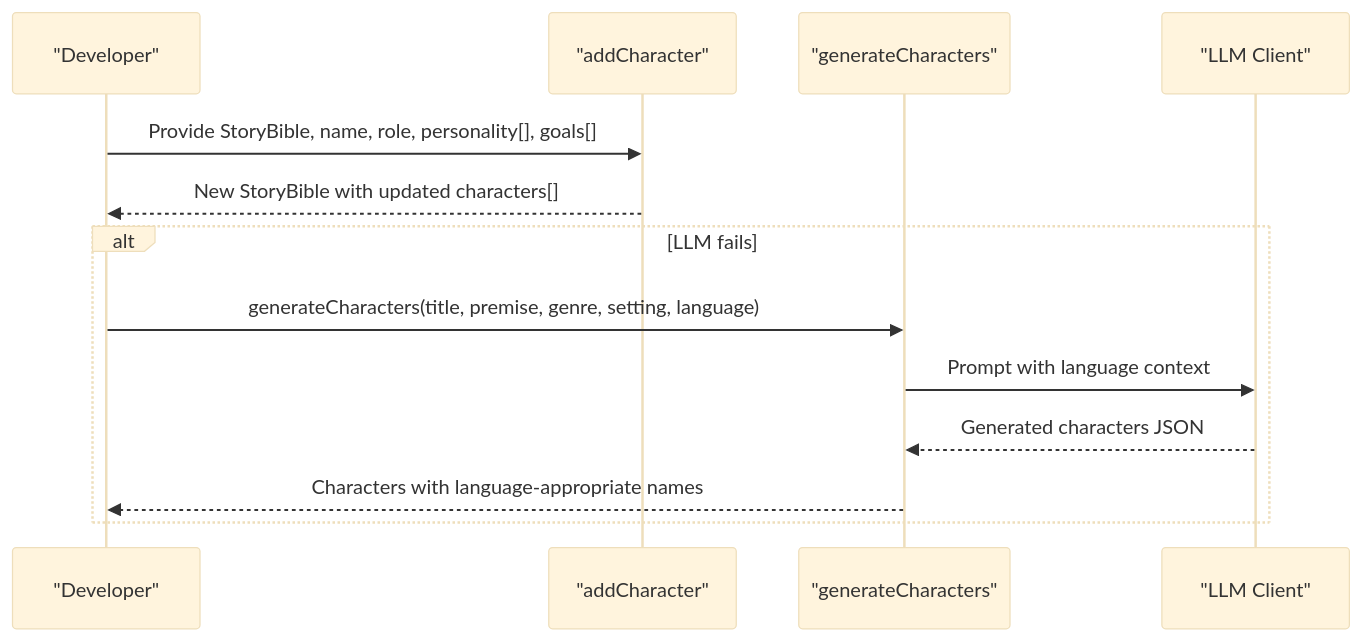
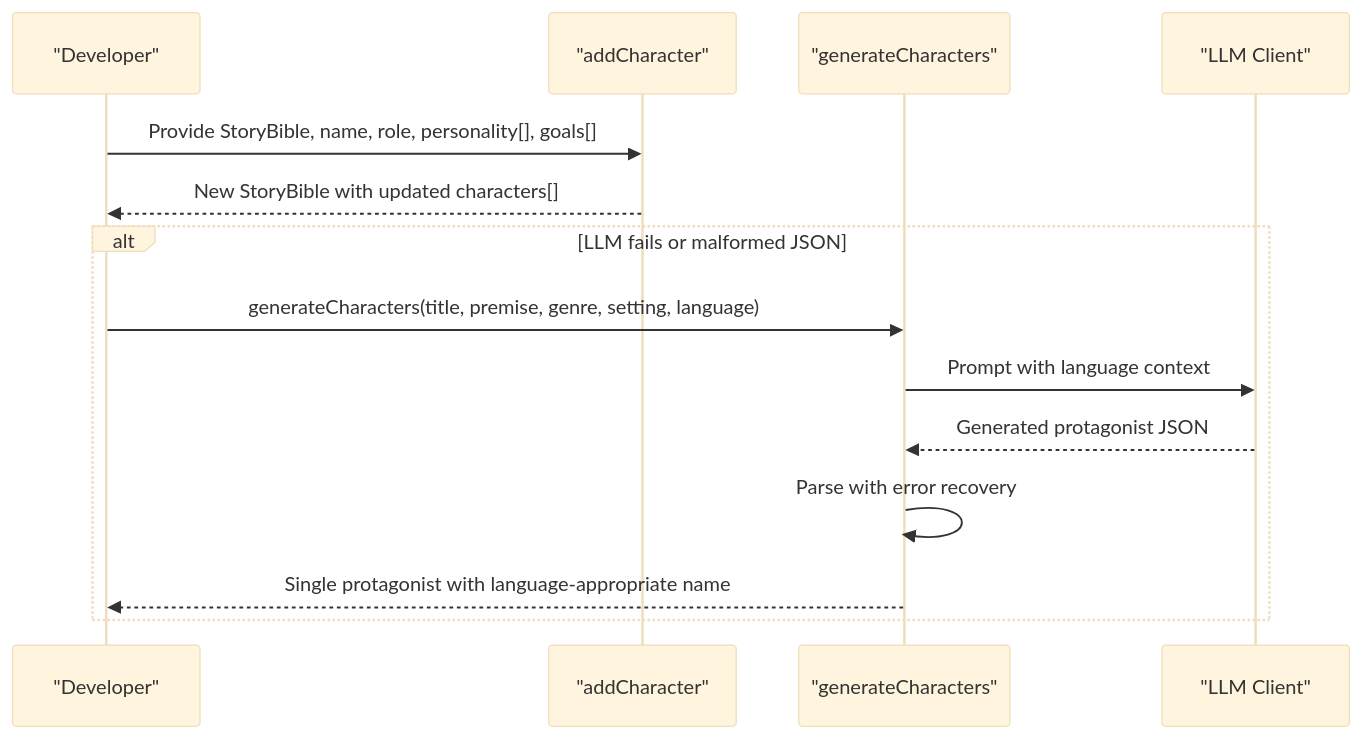
Before and after one commit to liwonder/NARRITIVE_OS: the tenth of 16 diagrams in .qoder/repowiki/en/content/Story Management System/Story Bible Management.md, drawn with Mermaid (base theme). The commit also changed other lines of this file and 15 other files, not shown here.

````diff
--- a/.qoder/repowiki/en/content/Story Management System/Story Bible Management.md
+++ b/.qoder/repowiki/en/content/Story Management System/Story Bible Management.md
@@ -389,15 +435,16 @@
 ```mermaid
 sequenceDiagram
 participant Dev as "Developer"
 participant API as "addCharacter"
 participant GC as "generateCharacters"
 participant LLM as "LLM Client"
 Dev->>API : Provide StoryBible, name, role, personality[], goals[]
 API-->>Dev : New StoryBible with updated characters[]
-alt LLM fails
+alt LLM fails or malformed JSON
 Dev->>GC : generateCharacters(title, premise, genre, setting, language)
 GC->>LLM : Prompt with language context
-LLM-->>GC : Generated characters JSON
-GC-->>Dev : Characters with language-appropriate names
+LLM-->>GC : Generated protagonist JSON
+GC->>GC : Parse with error recovery
+GC-->>Dev : Single protagonist with language-appropriate name
 end
 ```
````
